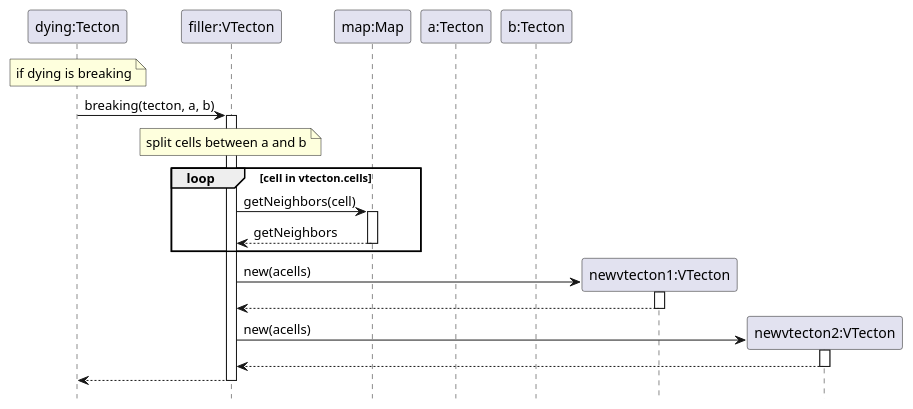
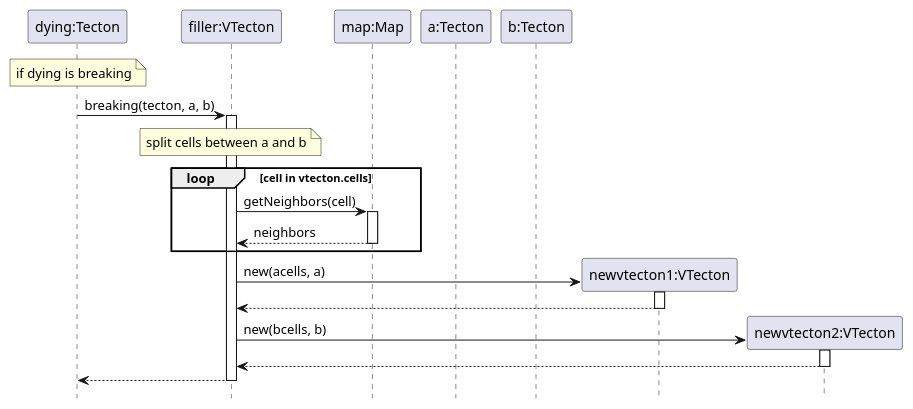
One commit to ZD4ve/projlab-error521 changed the diagram in GuiPlan/breaking.puml. Above: the diagram before and after it, drawn with PlantUML.

```diff
--- a/GuiPlan/breaking.puml
+++ b/GuiPlan/breaking.puml
@@ -1,40 +1,40 @@
 @startuml breaking
 hide footbox 
 
 participant "dying:Tecton" as dying
 
 participant "filler:VTecton" as vtecton
 participant "map:Map" as map
 participant "a:Tecton" as a
 participant "b:Tecton" as b
 participant "newvtecton1:VTecton" as newvtecton1
 participant "newvtecton2:VTecton" as newvtecton2
 
 note over dying : if dying is breaking
 dying -> vtecton : breaking(tecton, a, b)
 activate vtecton
 
 note over vtecton : split cells between a and b
 
 loop cell in vtecton.cells
     vtecton -> map : getNeighbors(cell)
     activate map
 
-    return getNeighbors
+    return neighbors
 end
 
 create newvtecton1
-vtecton -> newvtecton1 : new(acells)
+vtecton -> newvtecton1 : new(acells, a)
 activate newvtecton1
 
 return
 
 create newvtecton2
-vtecton -> newvtecton2 : new(acells)
+vtecton -> newvtecton2 : new(bcells, b)
 activate newvtecton2
 
 return
 
 return
 
 @enduml
```
